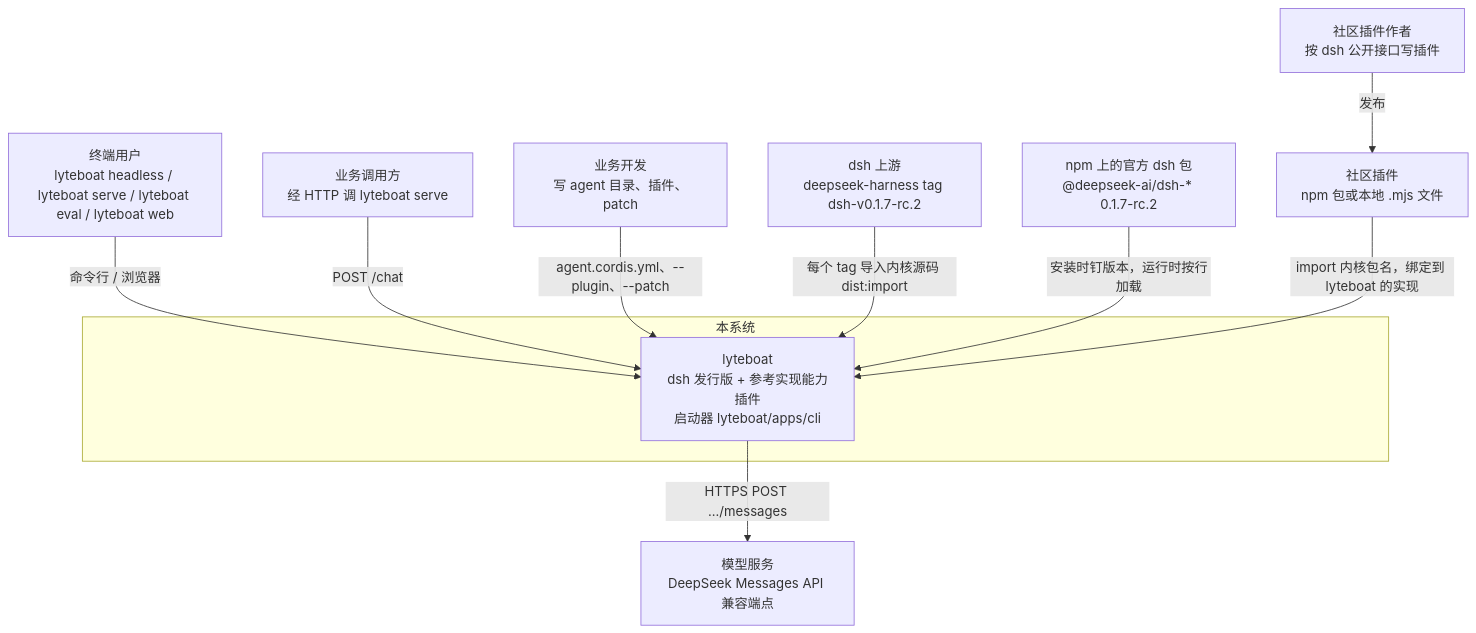
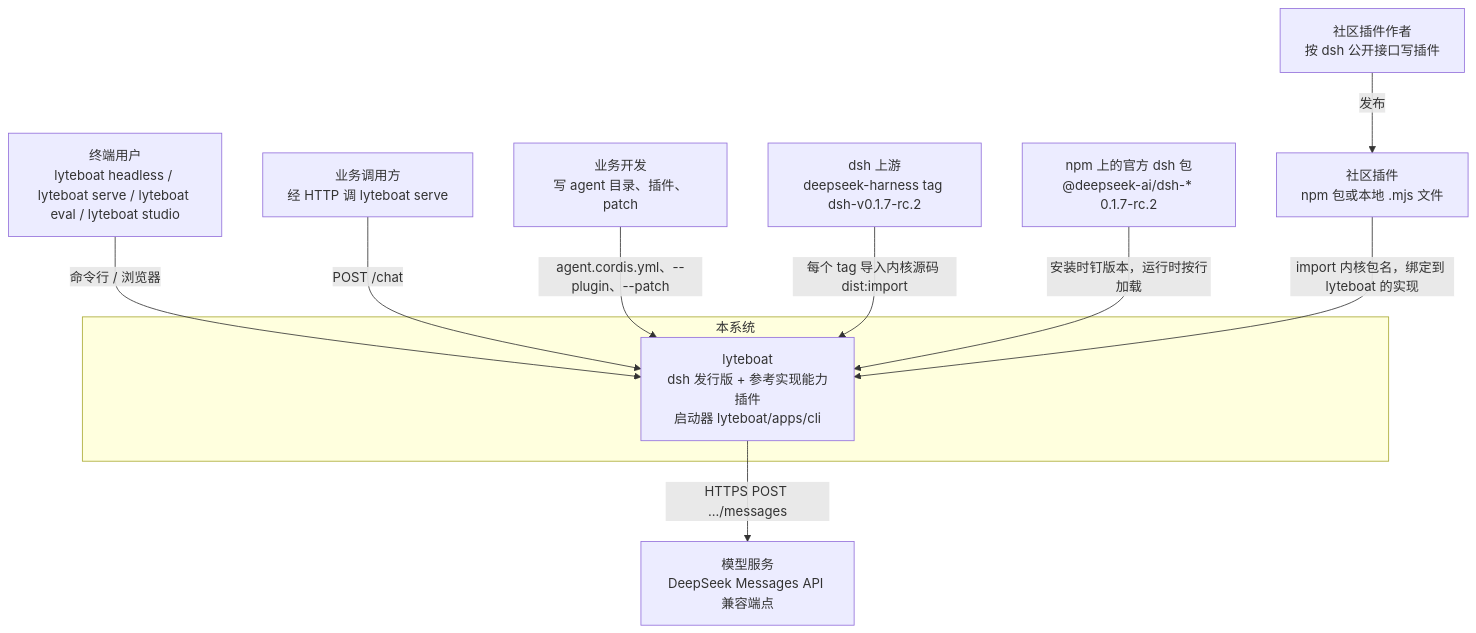
One commit to lyteboat/boat changed the first of 11 diagrams in docs/01-architecture.md. Above: the diagram before and after it, drawn with Mermaid. The commit also changed other lines of this file and 3 other files, not shown here.

First line of the commit message:
docs: 01–04 — lyteboat studio: the Studio bundle and pages, the browser face build, counts

````diff
--- a/docs/01-architecture.md
+++ b/docs/01-architecture.md
@@ -68,22 +68,22 @@
 ```mermaid
 flowchart TB
-  user["终端用户<br/>lyteboat headless / lyteboat serve / lyteboat eval / lyteboat web"]
+  user["终端用户<br/>lyteboat headless / lyteboat serve / lyteboat eval / lyteboat studio"]
   caller["业务调用方<br/>经 HTTP 调 lyteboat serve"]
   dev["业务开发<br/>写 agent 目录、插件、patch"]
   author["社区插件作者<br/>按 dsh 公开接口写插件"]
   subgraph SYS["本系统"]
     lyteboat["lyteboat<br/>dsh 发行版 + 参考实现能力插件<br/>启动器 lyteboat/apps/cli"]
   end
   upstream["dsh 上游<br/>deepseek-harness tag dsh-v0.1.7-rc.2"]
   npm["npm 上的官方 dsh 包<br/>@deepseek-ai/dsh-* 0.1.7-rc.2"]
   cplug["社区插件<br/>npm 包或本地 .mjs 文件"]
   model["模型服务<br/>DeepSeek Messages API 兼容端点"]
   user -->|"命令行 / 浏览器"| lyteboat
   caller -->|"POST /chat"| lyteboat
   dev -->|"agent.cordis.yml、--plugin、--patch"| lyteboat
   upstream -->|"每个 tag 导入内核源码 dist:import"| lyteboat
   npm -->|"安装时钉版本，运行时按行加载"| lyteboat
   author -->|"发布"| cplug
   cplug -->|"import 内核包名，绑定到 lyteboat 的实现"| lyteboat
   lyteboat -->|"HTTPS POST .../messages"| model
 ```
````
